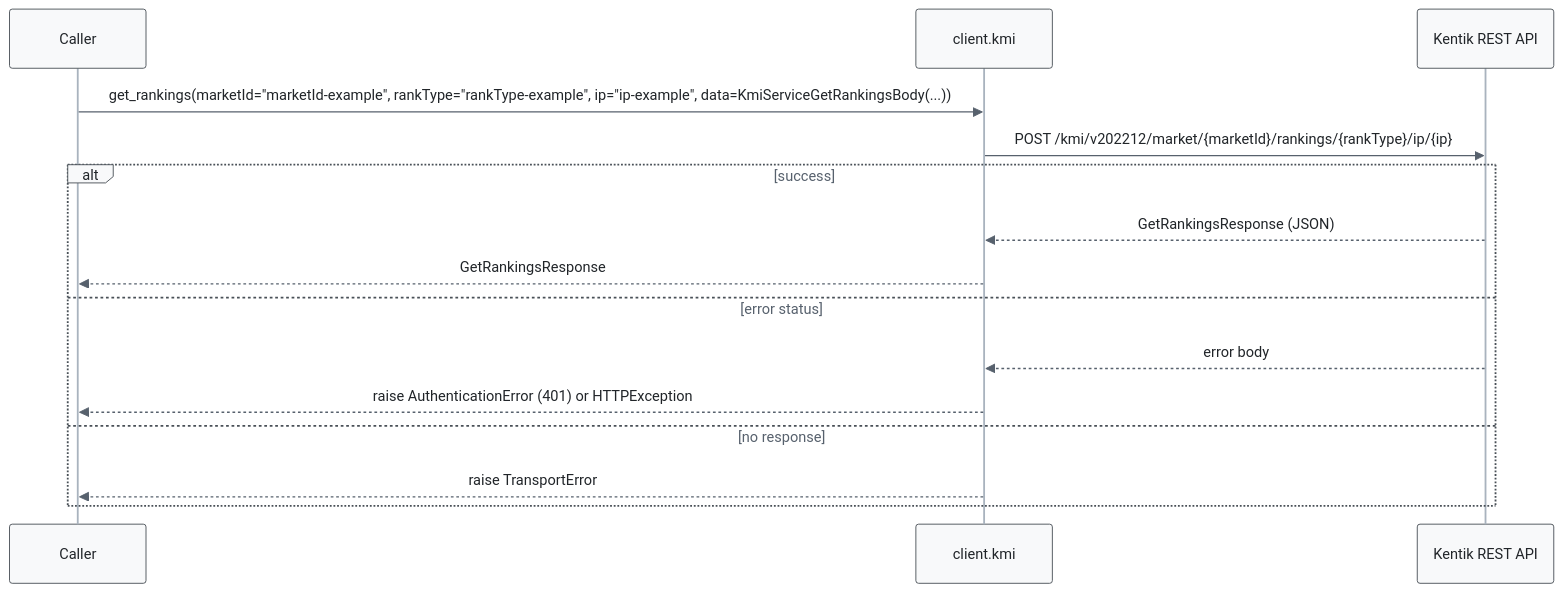
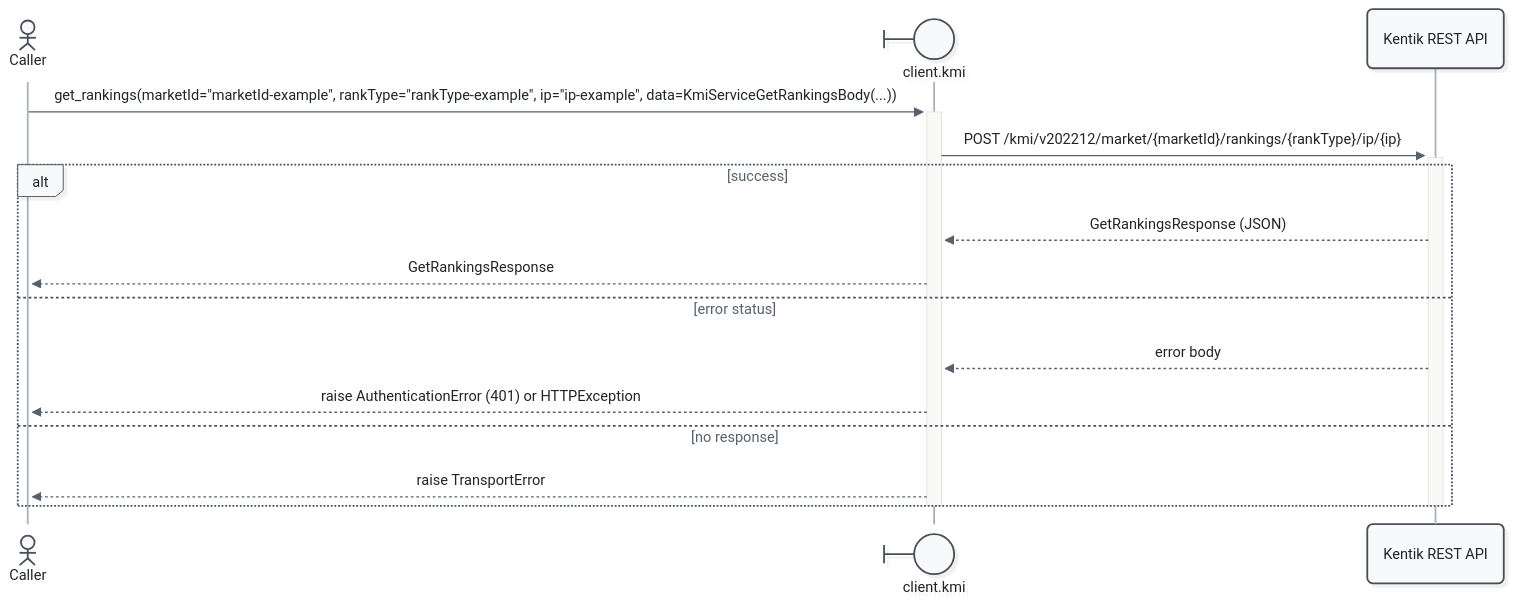
The seventh of 11 diagrams in docs/sphinx/services/kmi.md (alexdearaujo/community_sdk_python), drawn with Mermaid before and after one commit. The commit also changed other lines of this file and 52 other files, not shown here.

First line of the commit message:
docs: Mermaid 12 sequence diagrams with participant types and path colors

````diff
--- a/docs/sphinx/services/kmi.md
+++ b/docs/sphinx/services/kmi.md
@@ -283,19 +298,21 @@
 ```mermaid
-%%{init: {"theme": "base", "fontFamily": "ui-monospace, SFMono-Regular, Menlo, monospace", "themeVariables": {"fontFamily": "ui-monospace, SFMono-Regular, Menlo, monospace", "primaryColor": "#f8f9fa", "primaryBorderColor": "#495057", "primaryTextColor": "#212529", "textColor": "#212529", "lineColor": "#77818c", "edgeLabelBackground": "#ffffff", "actorBkg": "#f8f9fa", "actorBorder": "#495057", "actorTextColor": "#212529", "actorLineColor": "#a9b3be", "signalColor": "#57616d", "signalTextColor": "#212529", "labelBoxBkgColor": "#f8f9fa", "labelBoxBorderColor": "#495057", "labelTextColor": "#212529", "loopTextColor": "#57616d", "noteBkgColor": "#fff9db", "noteBorderColor": "#f08c00", "noteTextColor": "#a35a00"}, "flowchart": {"curve": "step", "nodeSpacing": 30, "rankSpacing": 70, "wrappingWidth": 400}}}%%
+%%{init: {"theme": "redux", "look": "neo", "layout": "dagre", "fontFamily": "ui-monospace, SFMono-Regular, Menlo, monospace", "themeVariables": {"fontFamily": "ui-monospace, SFMono-Regular, Menlo, monospace", "primaryColor": "#f8f9fa", "primaryBorderColor": "#495057", "primaryTextColor": "#212529", "textColor": "#212529", "lineColor": "#77818c", "edgeLabelBackground": "#ffffff", "actorBkg": "#f8f9fa", "actorBorder": "#495057", "actorTextColor": "#212529", "actorLineColor": "#a9b3be", "signalColor": "#57616d", "signalTextColor": "#212529", "labelBoxBkgColor": "#f8f9fa", "labelBoxBorderColor": "#495057", "labelTextColor": "#212529", "loopTextColor": "#57616d", "noteBkgColor": "#fff9db", "noteBorderColor": "#f08c00", "noteTextColor": "#a35a00"}, "sequence": {"activationWidth": 16}, "flowchart": {"curve": "step", "nodeSpacing": 30, "rankSpacing": 70, "wrappingWidth": 400}}}%%
 sequenceDiagram
-    participant C as Caller
-    participant W as client.kmi
+    actor C as Caller
+    participant W@{ "type": "boundary" } as client.kmi
     participant API as Kentik REST API
 
-    C->>W: get_rankings(marketId="marketId-example", rankType="rankType-example", ip="ip-example", data=KmiServiceGetRankingsBody(...))
-    W->>API: POST /kmi/v202212/market/{marketId}/rankings/{rankType}/ip/{ip}
+    C->>+W: get_rankings(marketId="marketId-example", rankType="rankType-example", ip="ip-example", data=KmiServiceGetRankingsBody(...))
+    W->>+API: POST /kmi/v202212/market/{marketId}/rankings/{rankType}/ip/{ip}
     alt success
         API-->>W: GetRankingsResponse (JSON)
         W-->>C: GetRankingsResponse
     else error status
         API-->>W: error body
         W-->>C: raise AuthenticationError (401) or HTTPException
     else no response
         W-->>C: raise TransportError
     end
+    deactivate API
+    deactivate W
 ```
````
